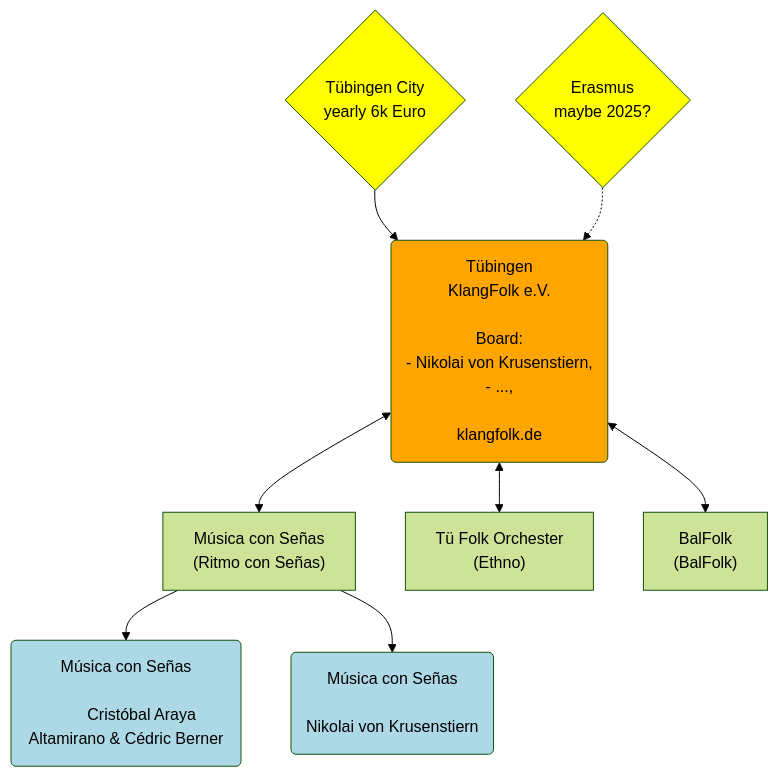
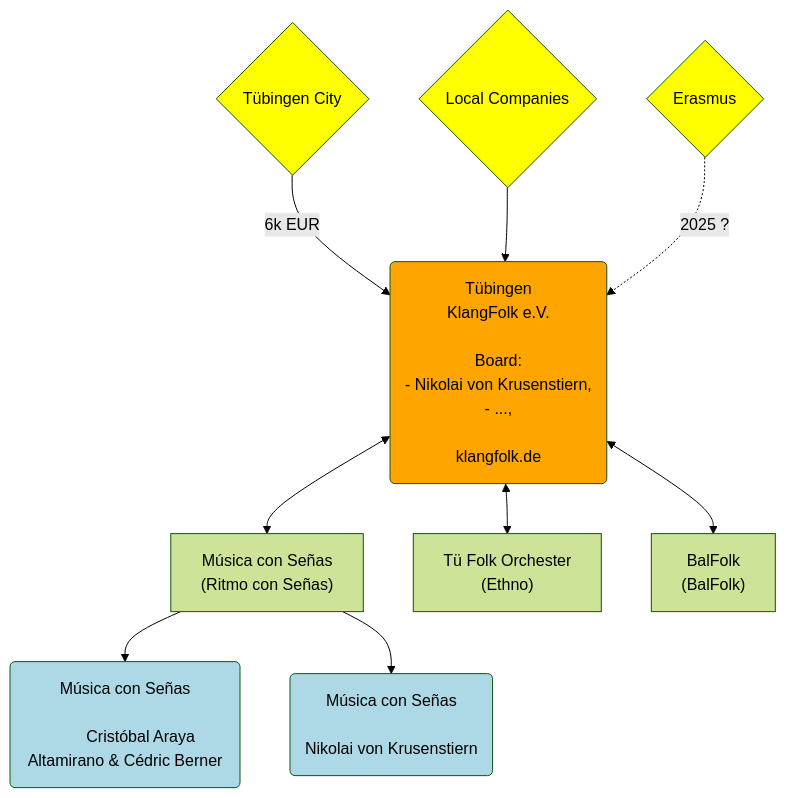
One commit to Ritmo-con-Senas/orgcharts changed the second of 2 diagrams in README.md. Above: the diagram before and after it, drawn with Mermaid.

Commit message:
Add comapnies

````diff
--- a/README.md
+++ b/README.md
@@ -69,44 +69,46 @@
 ```mermaid
 %%{init: {'theme':'forest'}}%%
 flowchart TD
-    E{Erasmus
-        maybe 2025?}
-    TUE{Tübingen City
-        yearly 6k Euro}
+    E{Erasmus}
+
+    TUE{Tübingen City}
+
+    TUE_LOC{Local Companies}
     
     KF(Tübingen<br>KlangFolk e.V.<br>
     Board:<br>- Nikolai von Krusenstiern,<br>- ...,<br>
     klangfolk.de)
 
-    TUE --> KF
-    E -.-> KF
+    TUE --> |6k EUR| KF
+    TUE_LOC --> KF
+    E -.-> |2025 ?| KF
 
     MCS["Música con Señas<br>(Ritmo con Señas)"]
     TF["Tü Folk Orchester<br>(Ethno)"]
     BF["BalFolk<br>(BalFolk)"]
 
     KF <--> MCS
     KF <--> TF
     KF <--> BF
 
     MCS_1(Música con Señas<br>
         Cristóbal Araya Altamirano & Cédric Berner)
 
     MCS_2(Música con Señas<br>
         Nikolai von Krusenstiern)    
     
     MCS --> MCS_1
     MCS --> MCS_2
 
 %%    linkStyle 11 stroke-width:4px,stroke:blue
 
     classDef BLUE fill:lightblue
     classDef YEL fill:yellow
     classDef BLU fill:skyblue
     classDef ORA fill:orange
 
     class rcs,MCS_1,MCS_2,DA_MCS,B_P,B_R BLUE
     class x BLU
-    class E,TUE YEL
+    class E,TUE,TUE_LOC YEL
     class KF ORA
 ```
````
